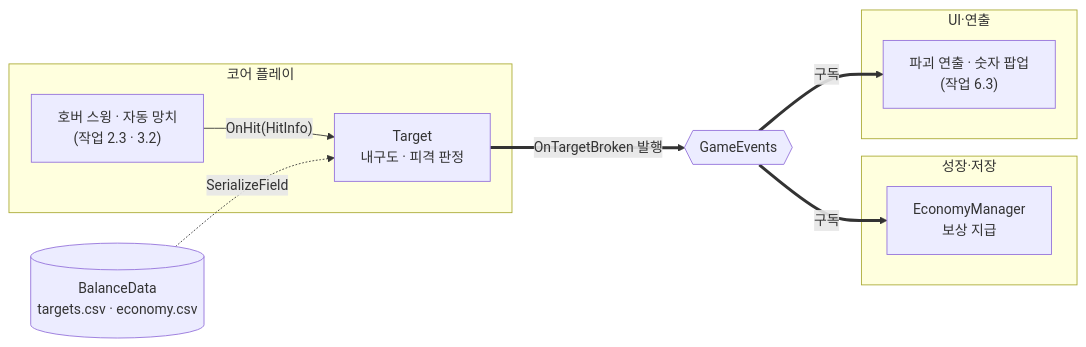
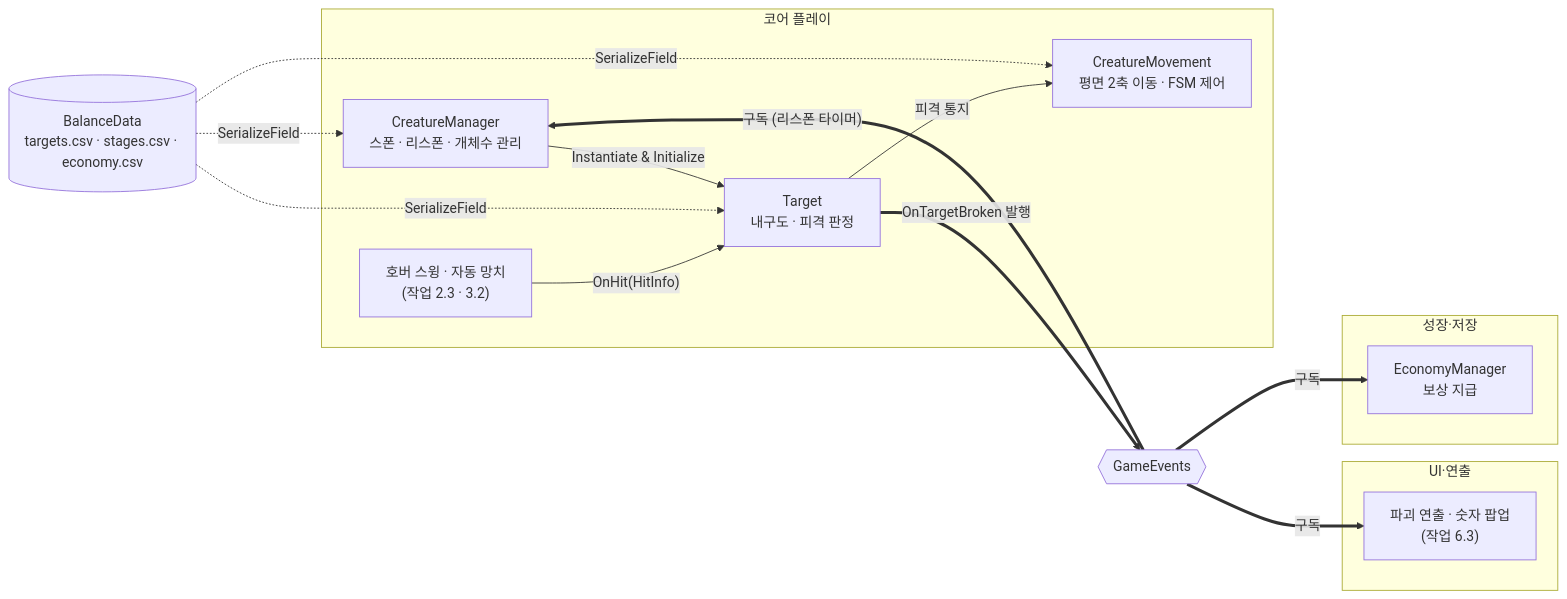
The diagram in docs/TECH_NOTES/hit-targets.md (KDNA-Gwangju-1/NCAIClicker), drawn with Mermaid before and after one commit. The commit also changed other lines of this file and 9 other files, not shown here.

````diff
--- a/docs/TECH_NOTES/hit-targets.md
+++ b/docs/TECH_NOTES/hit-targets.md
@@ -31,24 +34,31 @@
 ```mermaid
 flowchart LR
   subgraph Core["코어 플레이"]
+    mgr["CreatureManager<br/>스폰 · 리스폰 · 개체수 관리"]
+    movement["CreatureMovement<br/>평면 2축 이동 · FSM 제어"]
     target["Target<br/>내구도 · 피격 판정"]
     swing["호버 스윙 · 자동 망치<br/>(작업 2.3 · 3.2)"]
   end
 
   subgraph Growth["성장·저장"]
     econ["EconomyManager<br/>보상 지급"]
   end
 
   subgraph Fx["UI·연출"]
     vfx["파괴 연출 · 숫자 팝업<br/>(작업 6.3)"]
   end
 
   events{{"GameEvents"}}
-  balance[("BalanceData<br/>targets.csv · economy.csv")]
+  balance[("BalanceData<br/>targets.csv · stages.csv · economy.csv")]
 
   swing -- "OnHit(HitInfo)" --> target
+  target -- "피격 통지" --> movement
   balance -. "SerializeField" .-> target
+  balance -. "SerializeField" .-> movement
+  balance -. "SerializeField" .-> mgr
+  mgr -- "Instantiate & Initialize" --> target
   target == "OnTargetBroken 발행" ==> events
+  events == "구독 (리스폰 타이머)" ==> mgr
   events == "구독" ==> econ
   events == "구독" ==> vfx
 ```
````
